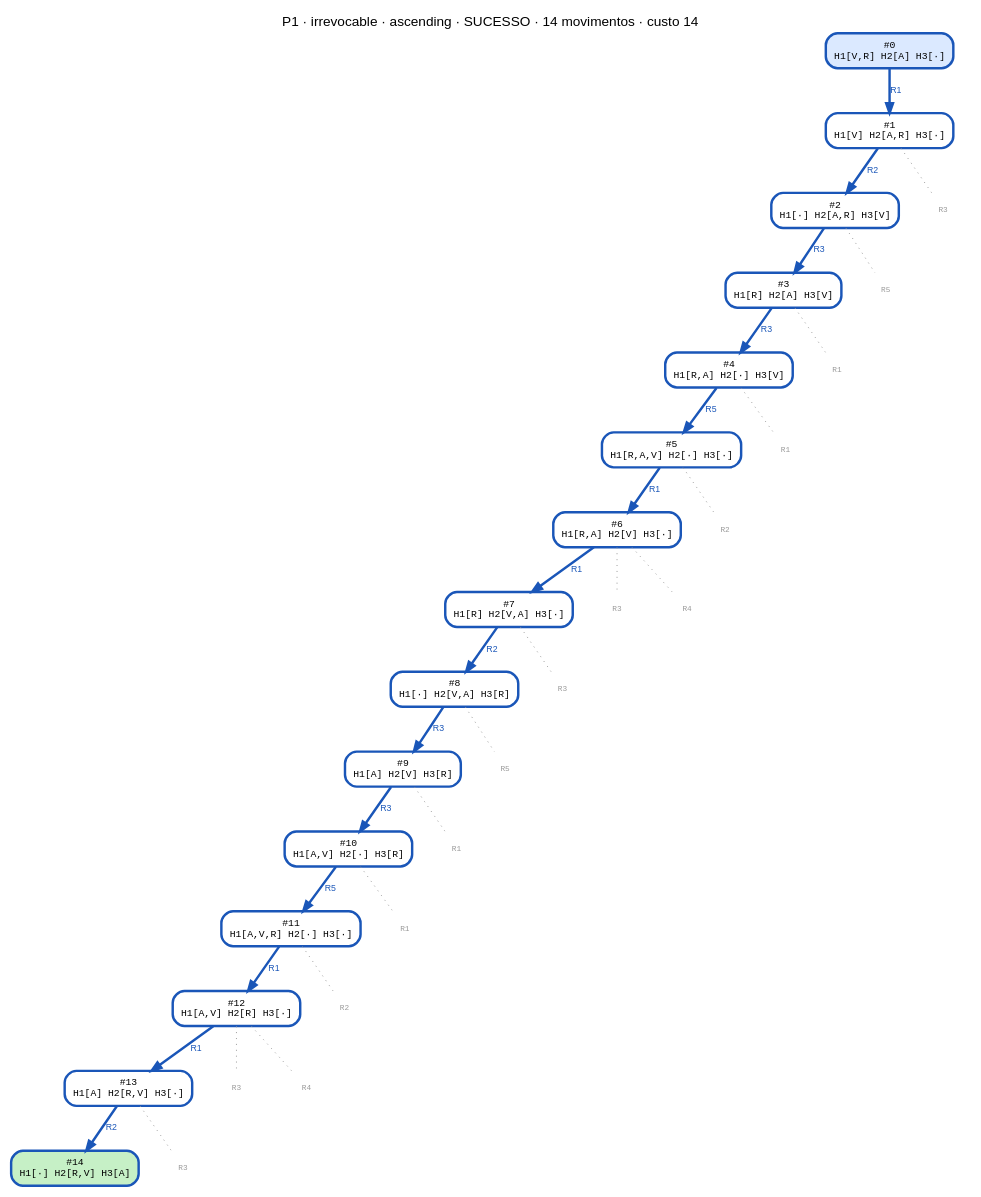
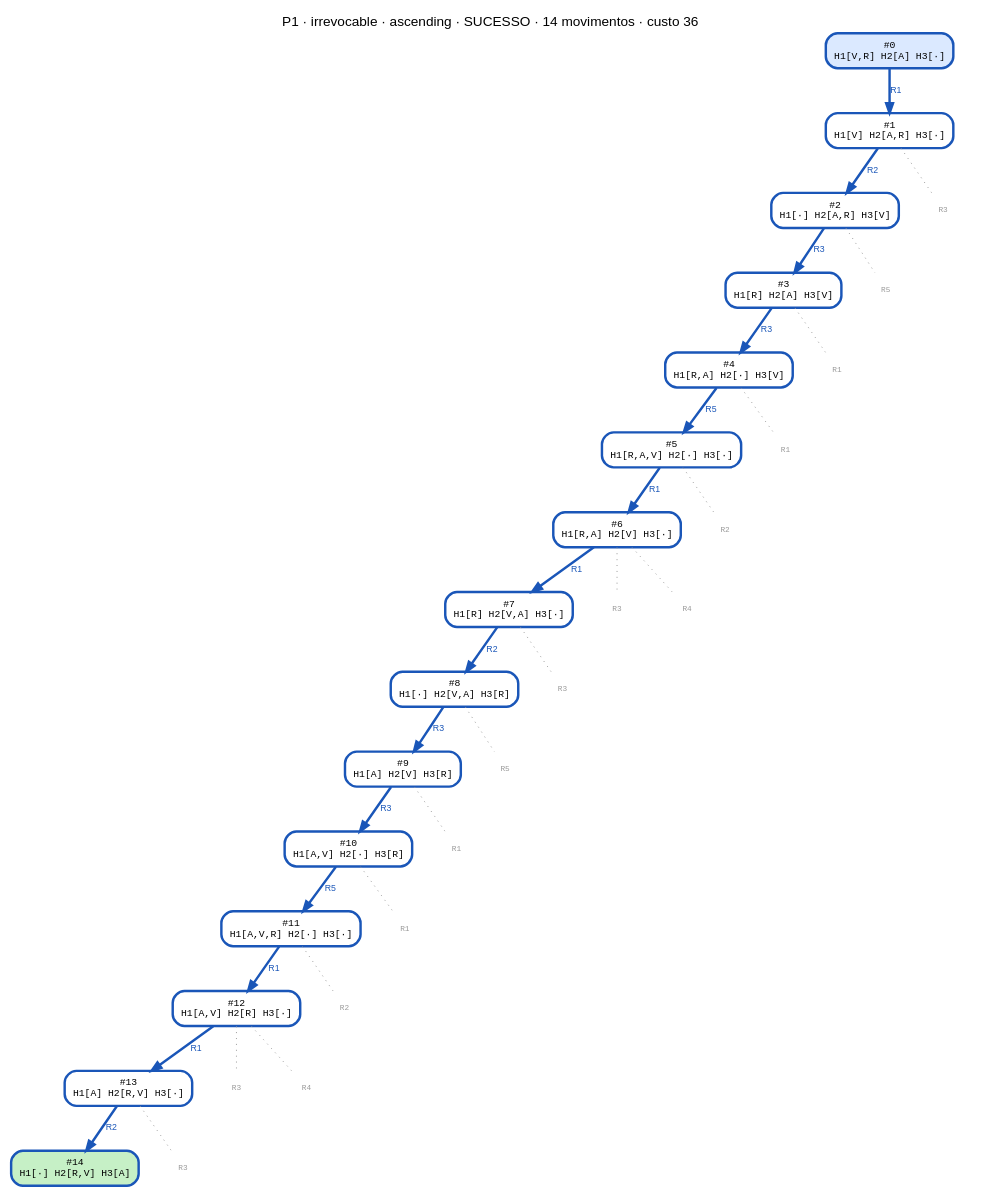
The diagram in data/P1/irrevocable_ascending.dot (CharlesLB/dcc-014-trabalho-1), drawn with Graphviz before and after one commit. The commit also changed 54 other files, not shown here.

```diff
--- a/data/P1/irrevocable_ascending.dot
+++ b/data/P1/irrevocable_ascending.dot
@@ -1,64 +1,64 @@
 digraph search {
-  label="P1 · irrevocable · ascending · SUCESSO · 14 movimentos · custo 14"; labelloc=t; fontname="Helvetica";
+  label="P1 · irrevocable · ascending · SUCESSO · 14 movimentos · custo 36"; labelloc=t; fontname="Helvetica";
   node [shape=box, style="rounded,filled", fontname="monospace", fontsize=10];
   edge [fontname="Helvetica", fontsize=9];
   n0 [label="#0\nH1[V,R] H2[A] H3[·]", fillcolor="#dbe9ff", color="#1a56b8", penwidth=2.5];
   n1 [label="#1\nH1[V] H2[A,R] H3[·]", fillcolor="#ffffff", color="#1a56b8", penwidth=2.5];
   n0 -> n1 [label="R1", color="#1a56b8", fontcolor="#1a56b8", penwidth=2.5];
   n2 [label="#2\nH1[·] H2[A,R] H3[V]", fillcolor="#ffffff", color="#1a56b8", penwidth=2.5];
   n1 -> n2 [label="R2", color="#1a56b8", fontcolor="#1a56b8", penwidth=2.5];
   n3 [label="#3\nH1[R] H2[A] H3[V]", fillcolor="#ffffff", color="#1a56b8", penwidth=2.5];
   n2 -> n3 [label="R3", color="#1a56b8", fontcolor="#1a56b8", penwidth=2.5];
   n4 [label="#4\nH1[R,A] H2[·] H3[V]", fillcolor="#ffffff", color="#1a56b8", penwidth=2.5];
   n3 -> n4 [label="R3", color="#1a56b8", fontcolor="#1a56b8", penwidth=2.5];
   n5 [label="#5\nH1[R,A,V] H2[·] H3[·]", fillcolor="#ffffff", color="#1a56b8", penwidth=2.5];
   n4 -> n5 [label="R5", color="#1a56b8", fontcolor="#1a56b8", penwidth=2.5];
   n6 [label="#6\nH1[R,A] H2[V] H3[·]", fillcolor="#ffffff", color="#1a56b8", penwidth=2.5];
   n5 -> n6 [label="R1", color="#1a56b8", fontcolor="#1a56b8", penwidth=2.5];
   n7 [label="#7\nH1[R] H2[V,A] H3[·]", fillcolor="#ffffff", color="#1a56b8", penwidth=2.5];
   n6 -> n7 [label="R1", color="#1a56b8", fontcolor="#1a56b8", penwidth=2.5];
   n8 [label="#8\nH1[·] H2[V,A] H3[R]", fillcolor="#ffffff", color="#1a56b8", penwidth=2.5];
   n7 -> n8 [label="R2", color="#1a56b8", fontcolor="#1a56b8", penwidth=2.5];
   n9 [label="#9\nH1[A] H2[V] H3[R]", fillcolor="#ffffff", color="#1a56b8", penwidth=2.5];
   n8 -> n9 [label="R3", color="#1a56b8", fontcolor="#1a56b8", penwidth=2.5];
   n10 [label="#10\nH1[A,V] H2[·] H3[R]", fillcolor="#ffffff", color="#1a56b8", penwidth=2.5];
   n9 -> n10 [label="R3", color="#1a56b8", fontcolor="#1a56b8", penwidth=2.5];
   n11 [label="#11\nH1[A,V,R] H2[·] H3[·]", fillcolor="#ffffff", color="#1a56b8", penwidth=2.5];
   n10 -> n11 [label="R5", color="#1a56b8", fontcolor="#1a56b8", penwidth=2.5];
   n12 [label="#12\nH1[A,V] H2[R] H3[·]", fillcolor="#ffffff", color="#1a56b8", penwidth=2.5];
   n11 -> n12 [label="R1", color="#1a56b8", fontcolor="#1a56b8", penwidth=2.5];
   n13 [label="#13\nH1[A] H2[R,V] H3[·]", fillcolor="#ffffff", color="#1a56b8", penwidth=2.5];
   n12 -> n13 [label="R1", color="#1a56b8", fontcolor="#1a56b8", penwidth=2.5];
   n14 [label="#14\nH1[·] H2[R,V] H3[A]", fillcolor="#c6f0c6", color="#1a56b8", penwidth=2.5];
   n13 -> n14 [label="R2", color="#1a56b8", fontcolor="#1a56b8", penwidth=2.5];
   p1_R3 [label="R3", shape=plaintext, style=solid, fontcolor="#999999", fontsize=8];
   n1 -> p1_R3 [style=dotted, color="#999999", arrowhead=none];
   p2_R5 [label="R5", shape=plaintext, style=solid, fontcolor="#999999", fontsize=8];
   n2 -> p2_R5 [style=dotted, color="#999999", arrowhead=none];
   p3_R1 [label="R1", shape=plaintext, style=solid, fontcolor="#999999", fontsize=8];
   n3 -> p3_R1 [style=dotted, color="#999999", arrowhead=none];
   p4_R1 [label="R1", shape=plaintext, style=solid, fontcolor="#999999", fontsize=8];
   n4 -> p4_R1 [style=dotted, color="#999999", arrowhead=none];
   p5_R2 [label="R2", shape=plaintext, style=solid, fontcolor="#999999", fontsize=8];
   n5 -> p5_R2 [style=dotted, color="#999999", arrowhead=none];
   p6_R3 [label="R3", shape=plaintext, style=solid, fontcolor="#999999", fontsize=8];
   n6 -> p6_R3 [style=dotted, color="#999999", arrowhead=none];
   p6_R4 [label="R4", shape=plaintext, style=solid, fontcolor="#999999", fontsize=8];
   n6 -> p6_R4 [style=dotted, color="#999999", arrowhead=none];
   p7_R3 [label="R3", shape=plaintext, style=solid, fontcolor="#999999", fontsize=8];
   n7 -> p7_R3 [style=dotted, color="#999999", arrowhead=none];
   p8_R5 [label="R5", shape=plaintext, style=solid, fontcolor="#999999", fontsize=8];
   n8 -> p8_R5 [style=dotted, color="#999999", arrowhead=none];
   p9_R1 [label="R1", shape=plaintext, style=solid, fontcolor="#999999", fontsize=8];
   n9 -> p9_R1 [style=dotted, color="#999999", arrowhead=none];
   p10_R1 [label="R1", shape=plaintext, style=solid, fontcolor="#999999", fontsize=8];
   n10 -> p10_R1 [style=dotted, color="#999999", arrowhead=none];
   p11_R2 [label="R2", shape=plaintext, style=solid, fontcolor="#999999", fontsize=8];
   n11 -> p11_R2 [style=dotted, color="#999999", arrowhead=none];
   p12_R3 [label="R3", shape=plaintext, style=solid, fontcolor="#999999", fontsize=8];
   n12 -> p12_R3 [style=dotted, color="#999999", arrowhead=none];
   p12_R4 [label="R4", shape=plaintext, style=solid, fontcolor="#999999", fontsize=8];
   n12 -> p12_R4 [style=dotted, color="#999999", arrowhead=none];
   p13_R3 [label="R3", shape=plaintext, style=solid, fontcolor="#999999", fontsize=8];
   n13 -> p13_R3 [style=dotted, color="#999999", arrowhead=none];
 }
```
